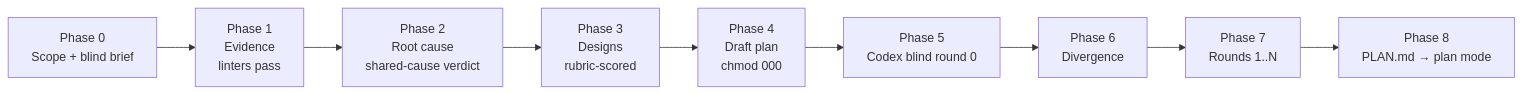
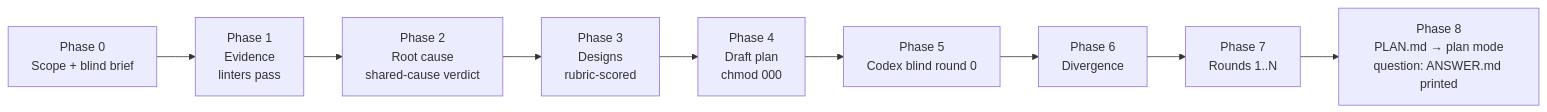
One commit to hishamkaram/claude-codex-duo changed the third of 3 diagrams in README.md. Above: the diagram before and after it, drawn with Mermaid. The commit also changed other lines of this file and 9 other files, not shown here.

````diff
--- a/README.md
+++ b/README.md
@@ -168,11 +168,11 @@
 ```mermaid
 flowchart LR
     A[Phase 0<br/>Scope + blind brief] --> B[Phase 1<br/>Evidence<br/>linters pass]
     B --> C[Phase 2<br/>Root cause<br/>shared-cause verdict]
     C --> D[Phase 3<br/>Designs<br/>rubric-scored]
     D --> E[Phase 4<br/>Draft plan<br/>chmod 000]
     E --> F[Phase 5<br/>Codex blind round 0]
     F --> G[Phase 6<br/>Divergence]
     G --> H[Phase 7<br/>Rounds 1..N]
-    H --> I[Phase 8<br/>PLAN.md → plan mode]
+    H --> I[Phase 8<br/>PLAN.md → plan mode<br/>question: ANSWER.md printed]
 ```
````
